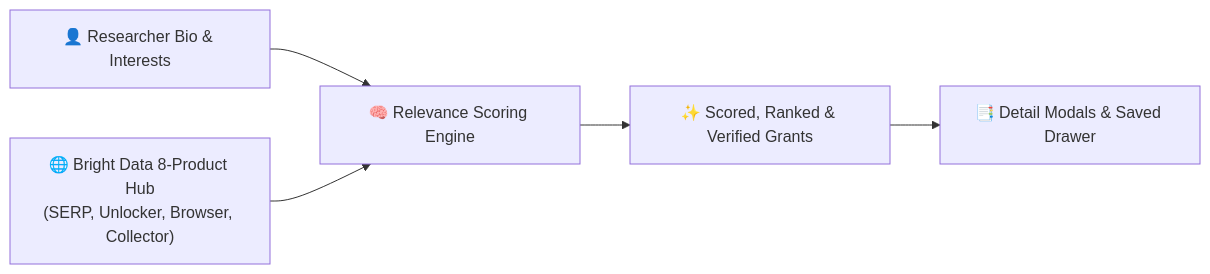
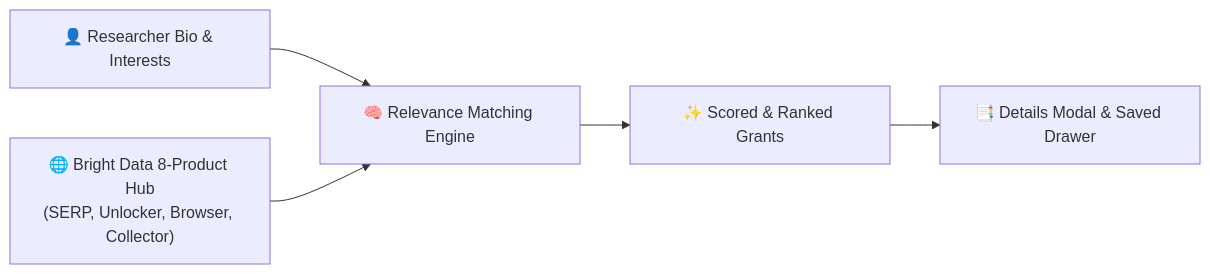
The first of 4 diagrams in README.md (Anurag-tech22/lublue), drawn with Mermaid before and after one commit. The commit also changed other lines of this file, not shown here.

Commit message:
docs: rewrite README in authentic developer voice explaining the problem, Bright Data architecture, and self-healing

````diff
--- a/README.md
+++ b/README.md
@@ -32,7 +32,7 @@
 ```mermaid
 graph LR
-    A["👤 Researcher Bio & Interests"] --> B["🧠 Relevance Scoring Engine"]
+    A["👤 Researcher Bio & Interests"] --> B["🧠 Relevance Matching Engine"]
     C["🌐 Bright Data 8-Product Hub<br/>(SERP, Unlocker, Browser, Collector)"] --> B
-    B --> D["✨ Scored, Ranked & Verified Grants"]
-    D --> E["📑 Detail Modals & Saved Drawer"]
+    B --> D["✨ Scored & Ranked Grants"]
+    D --> E["📑 Details Modal & Saved Drawer"]
 ```
````
